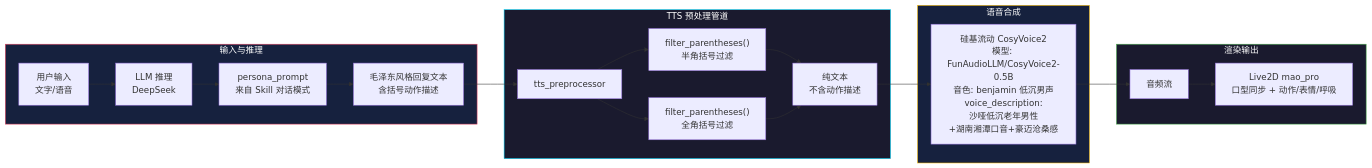
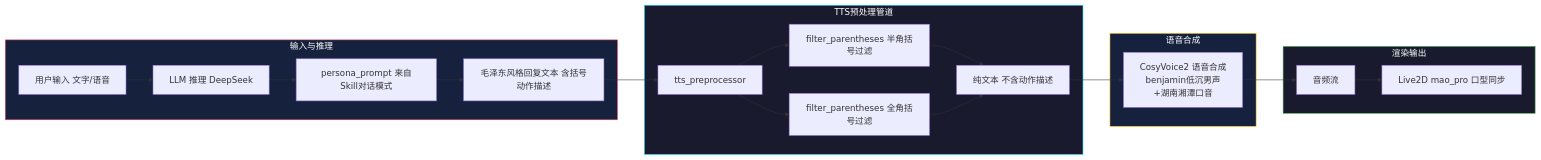
Before and after one commit to CochraneK/mao-skill: the fourth of 4 diagrams in README.md, drawn with Mermaid. The commit also changed other lines of this file, not shown here.

First line of the commit message:
fix: 修复GitHub Mermaid渲染错误 - 移除中文引号/HTML标签/特殊字符

````diff
--- a/README.md
+++ b/README.md
@@ -238,29 +240,29 @@
 ```mermaid
 flowchart LR
     subgraph FRONT["输入与推理"]
-        U["用户输入<br/>文字/语音"] --> LLM["LLM 推理<br/>DeepSeek"]
-        LLM --> PP["persona_prompt<br/>来自 Skill 对话模式"]
-        PP --> TXT["毛泽东风格回复文本<br/>含括号动作描述"]
+        U["用户输入 文字/语音"] --> LLM["LLM 推理 DeepSeek"]
+        LLM --> PP["persona_prompt 来自Skill对话模式"]
+        PP --> TXT["毛泽东风格回复文本 含括号动作描述"]
     end
 
-    subgraph TTS_PIPE["TTS 预处理管道"]
+    subgraph TTS_PIPE["TTS预处理管道"]
         TXT --> PRE["tts_preprocessor"]
-        PRE --> F1["filter_parentheses()<br/>半角括号过滤"]
-        PRE --> F2["filter_parentheses()<br/>全角括号过滤"]
-        F1 & F2 --> CLEAN["纯文本<br/>不含动作描述"]
+        PRE --> F1["filter_parentheses 半角括号过滤"]
+        PRE --> F2["filter_parentheses 全角括号过滤"]
+        F1 & F2 --> CLEAN["纯文本 不含动作描述"]
     end
 
     subgraph SPEECH["语音合成"]
-        CLEAN --> CV["硅基流动 CosyVoice2<br/>模型: FunAudioLLM/CosyVoice2-0.5B<br/>音色: benjamin 低沉男声<br/>voice_description:<br/>沙哑低沉老年男性<br/>+湖南湘潭口音+豪迈沧桑感"]
+        CLEAN --> CV["CosyVoice2 语音合成<br/>benjamin低沉男声<br/>+湖南湘潭口音"]
     end
 
     subgraph RENDER["渲染输出"]
         CV --> AUDIO["音频流"]
-        AUDIO --> L2D["Live2D mao_pro<br/>口型同步 + 动作/表情/呼吸"]
+        AUDIO --> L2D["Live2D mao_pro 口型同步"]
     end
 
     style FRONT fill:#16213e,stroke:#e94560,color:#fff
     style TTS_PIPE fill:#1a1a2e,stroke:#00d9ff,color:#fff
     style SPEECH fill:#16213e,stroke:#ffc107,color:#fff
     style RENDER fill:#1a1a2e,stroke:#4caf50,color:#fff
 ```
````
